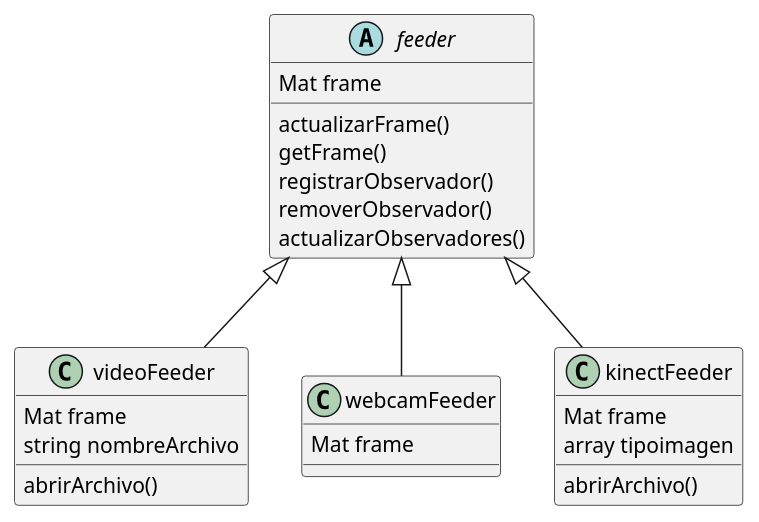
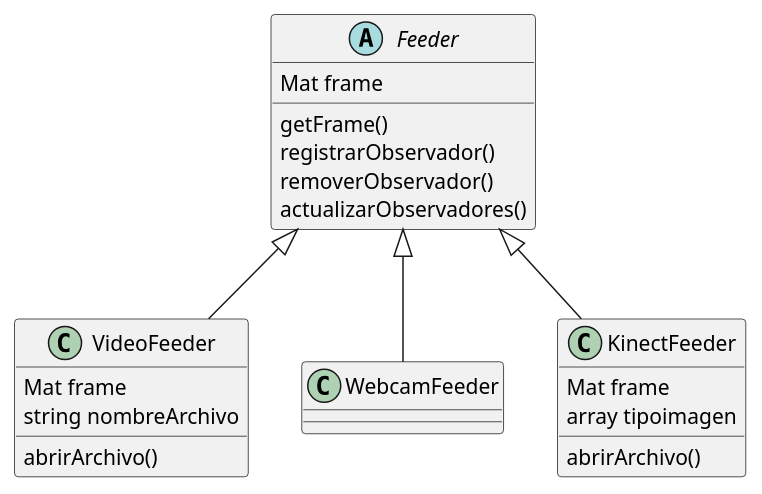
Before and after one commit to agustinavila/ProyectoVision: the third of 4 diagrams in Diagrama.puml, drawn with PlantUML. The commit also changed other lines of this file and 4 other files, not shown here.

```diff
--- a/Diagrama.puml
+++ b/Diagrama.puml
@@ -68,31 +70,29 @@
 @startuml feeder
 
-abstract class feeder{
+abstract class Feeder{
 	Mat frame
-	actualizarFrame()
 	getFrame()
 	registrarObservador()
 	removerObservador()
 	actualizarObservadores()
 }
 
-class videoFeeder{
+class VideoFeeder{
 	Mat frame
 	string nombreArchivo
 	abrirArchivo()
 }
-feeder<|--videoFeeder
+Feeder<|--VideoFeeder
 
-class webcamFeeder{
-	Mat frame
+class WebcamFeeder{
 }
-feeder<|--webcamFeeder
+Feeder<|--WebcamFeeder
 
-class kinectFeeder{
+class KinectFeeder{
 	'"tipoimagen" deberia servir para registrar RGB, IR o profundidad
 	Mat frame
 	array tipoimagen
 	abrirArchivo()
 }
-feeder<|--kinectFeeder
+Feeder<|--KinectFeeder
 @enduml
```
